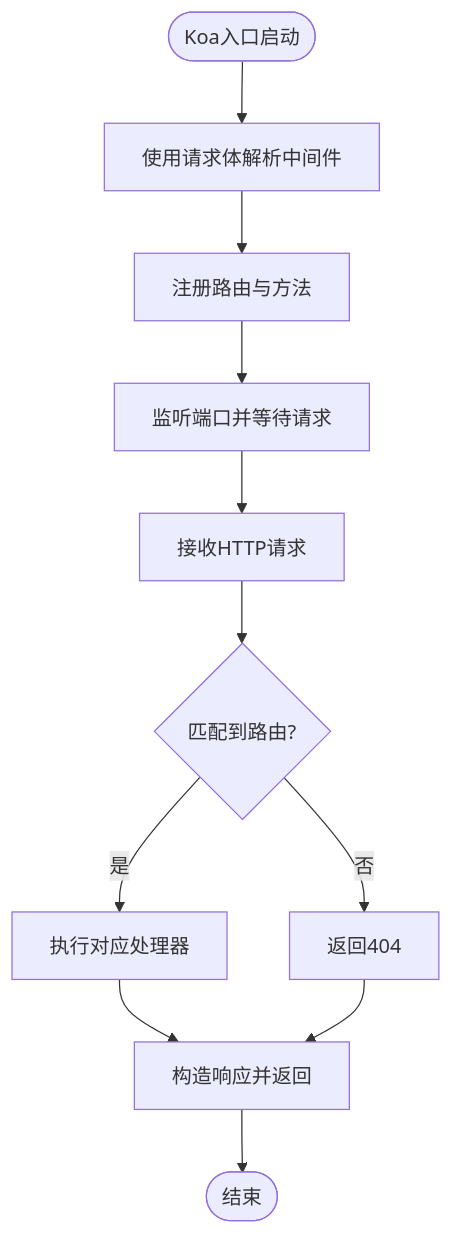
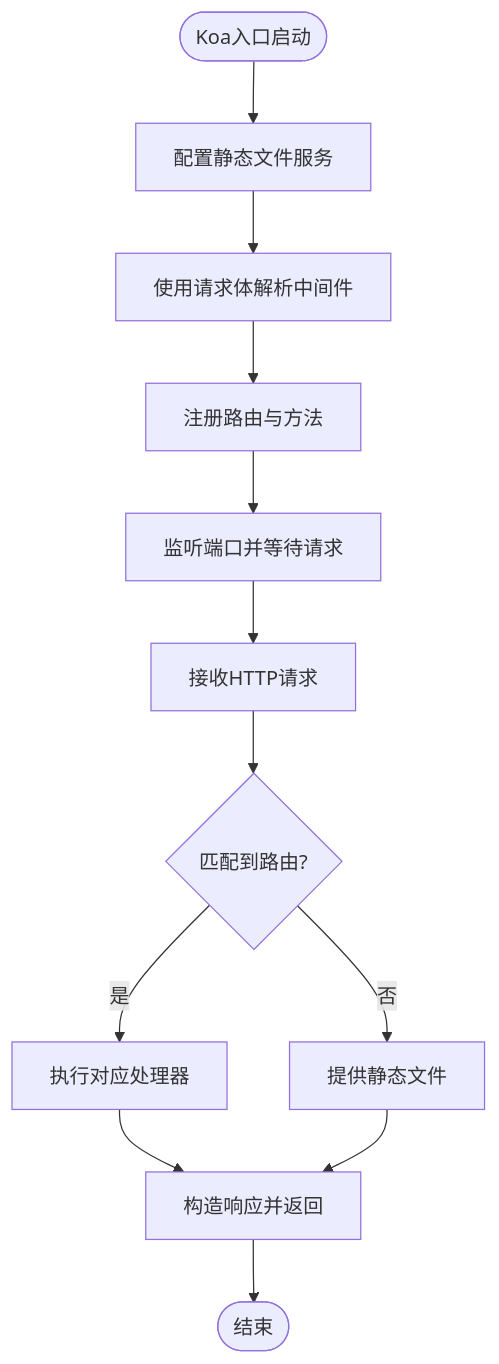
One commit to esa-sp/test-for-aone-ci changed the third of 7 diagrams in .qoder/repowiki/zh/content/后端框架测试/Koa、Hono、NestJS框架测试.md. Above: the diagram before and after it, drawn with Mermaid. The commit also changed other lines of this file and 58 other files, not shown here.

````diff
--- a/.qoder/repowiki/zh/content/后端框架测试/Koa、Hono、NestJS框架测试.md
+++ b/.qoder/repowiki/zh/content/后端框架测试/Koa、Hono、NestJS框架测试.md
@@ -162,13 +225,14 @@
 ```mermaid
 flowchart TD
-Start(["Koa入口启动"]) --> UseBodyParser["使用请求体解析中间件"]
+Start(["Koa入口启动"]) --> SetupStatic["配置静态文件服务"]
+SetupStatic --> UseBodyParser["使用请求体解析中间件"]
 UseBodyParser --> UseRouter["注册路由与方法"]
 UseRouter --> Listen["监听端口并等待请求"]
 Listen --> Request["接收HTTP请求"]
 Request --> RouteMatch{"匹配到路由?"}
 RouteMatch --> |是| Handler["执行对应处理器"]
-RouteMatch --> |否| NotFound["返回404"]
+RouteMatch --> |否| StaticServe["提供静态文件"]
 Handler --> Respond["构造响应并返回"]
-NotFound --> Respond
+StaticServe --> Respond
 Respond --> End(["结束"])
 ```
````
